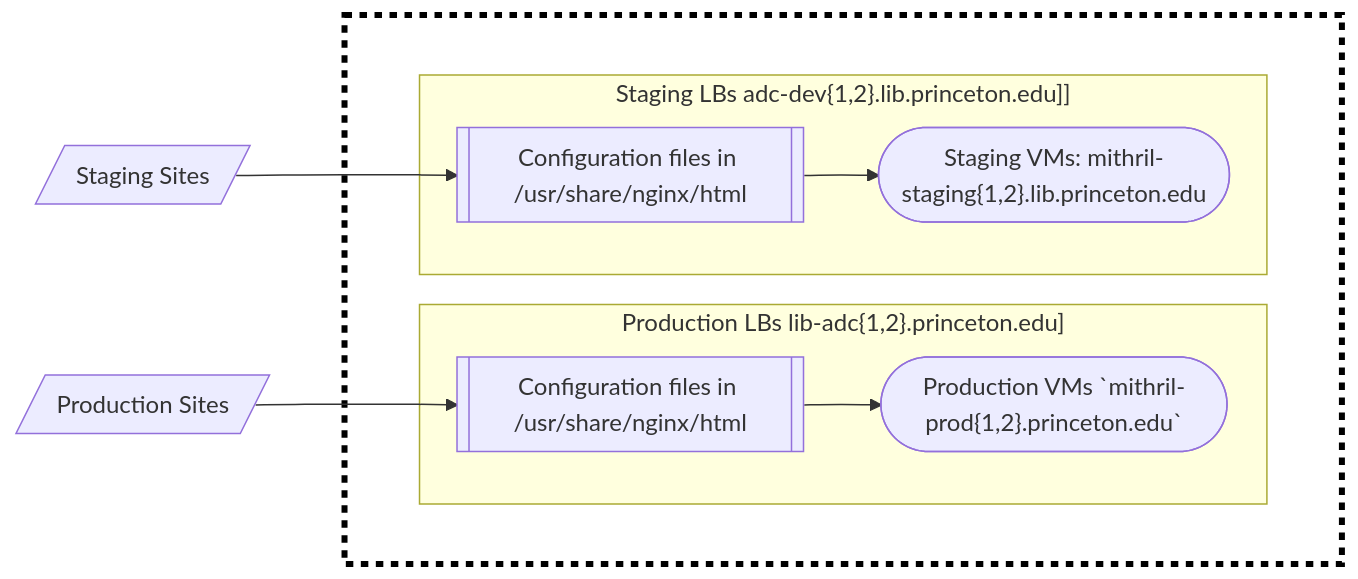
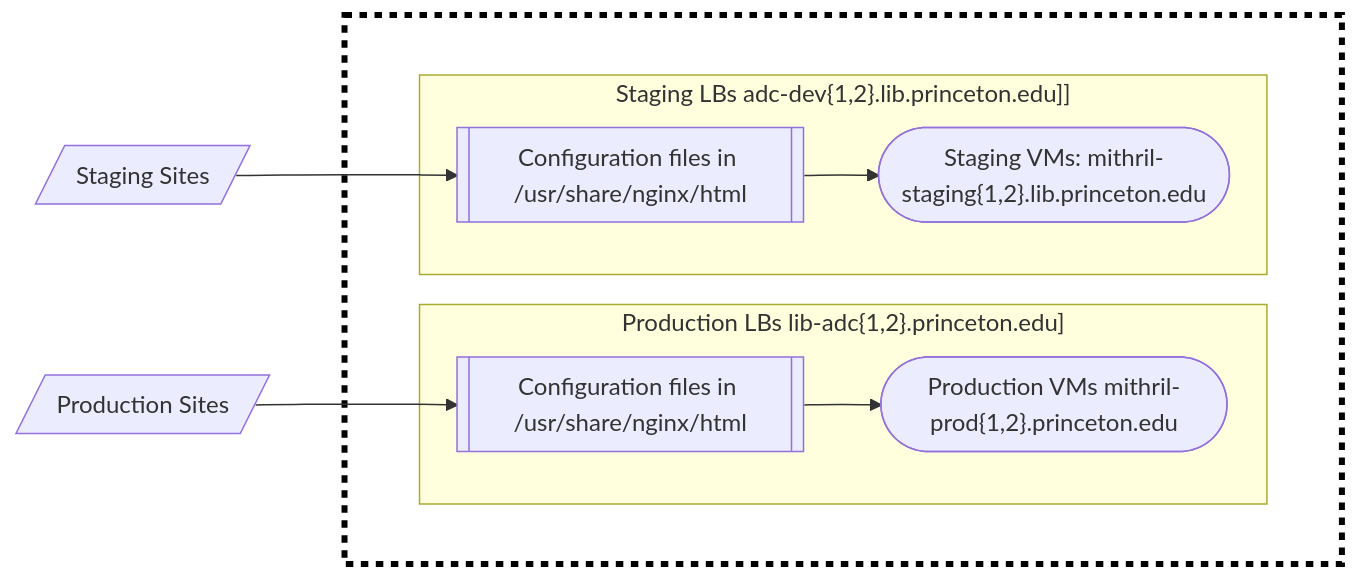
The diagram in services/private_network.md (pulibrary/pul-it-handbook), drawn with Mermaid before and after one commit.

Commit message:
oops, I missed one

````diff
--- a/services/private_network.md
+++ b/services/private_network.md
@@ -96,24 +96,24 @@
 ```mermaid
   graph LR;
       S31[/"Production Sites"/]-->SG1
       S33[/"Staging Sites"/]-->SG3
       subgraph project [" "]
       subgraph project_space [" "]
       style project fill:#fff,stroke:#000,stroke-width:4px,color:#000,stroke-dasharray: 5 5
       style project_space fill:#fff,stroke:#000,stroke-width:0px
 
             subgraph "Production LBs lib-adc{1,2}.princeton.edu]"
-               SG1[["Configuration files in /usr/share/nginx/html"]]-->B(["Production VMs `mithril-prod{1,2}.princeton.edu`"])
+               SG1[["Configuration files in /usr/share/nginx/html"]]-->B(["Production VMs mithril-prod{1,2}.princeton.edu"])
             end
 
             subgraph "Staging LBs adc-dev{1,2}.lib.princeton.edu]]"
                SG3[["Configuration files in /usr/share/nginx/html"]]-->DE(["Staging VMs: mithril-staging{1,2}.lib.princeton.edu"]);
             end
          
       end
    end
 
    classDef ecclass fill:#00f,stroke:#00f,stroke-width:0px,color:#fff;
    class EC2,EC2a,EC2b,ec2_sp,ec2a_sp,ec2b_sp ecclass;
 
 ```
````
